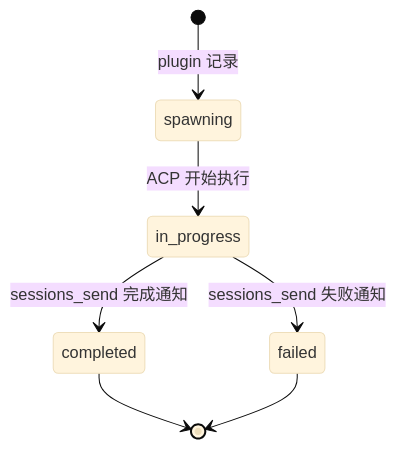
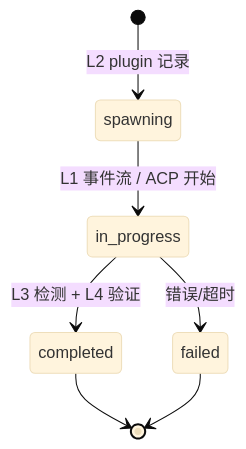
Before and after one commit to lanyasheng/openclaw-multiagent-framework: the fourth of 5 diagrams in ARCHITECTURE.md, drawn with Mermaid (base theme). The commit also changed other lines of this file and 7 other files, not shown here.

````diff
--- a/ARCHITECTURE.md
+++ b/ARCHITECTURE.md
@@ -234,9 +369,9 @@
 ```mermaid
 stateDiagram-v2
-    [*] --> spawning: plugin 记录
-    spawning --> in_progress: ACP 开始执行
-    in_progress --> completed: sessions_send 完成通知
-    in_progress --> failed: sessions_send 失败通知
+    [*] --> spawning: L2 plugin 记录
+    spawning --> in_progress: L1 事件流 / ACP 开始
+    in_progress --> completed: L3 检测 + L4 验证
+    in_progress --> failed: 错误/超时
     completed --> [*]
     failed --> [*]
 ```
````
